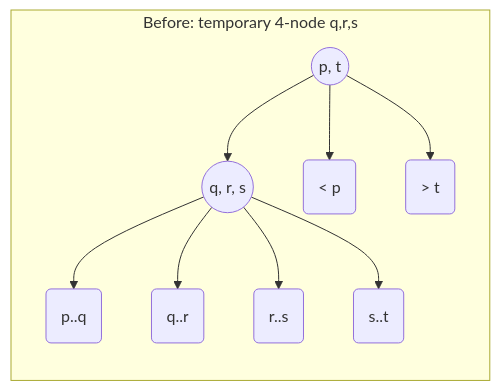
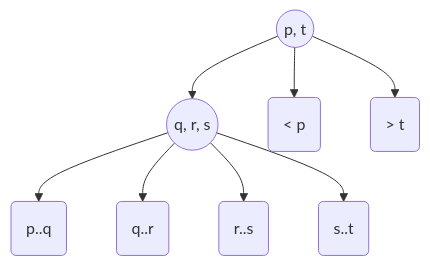
One commit to tmtxt/tmtxt.github.com changed the third of 10 diagrams in _drafts/2018-09-24-2-3-search-trees.md. Above: the diagram before and after it, drawn with Mermaid. The commit also changed other lines of this file, not shown here.

```diff
--- a/_drafts/2018-09-24-2-3-search-trees.md
+++ b/_drafts/2018-09-24-2-3-search-trees.md
@@ -149,13 +150,10 @@
 <div class="mermaid">
 graph TD
-  subgraph Before["Before: temporary 4-node q,r,s"]
-    direction TB
-    PT(("p, t")) --> QRS(("q, r, s"))
-    PT --> L1("&lt; p")
-    PT --> L6("&gt; t")
-    QRS --> L2("p..q")
-    QRS --> L3("q..r")
-    QRS --> L4("r..s")
-    QRS --> L5("s..t")
-  end
+  PT(("p, t")) --> QRS(("q, r, s"))
+  PT --> L1("&lt; p")
+  PT --> L6("&gt; t")
+  QRS --> L2("p..q")
+  QRS --> L3("q..r")
+  QRS --> L4("r..s")
+  QRS --> L5("s..t")
 </div>
```
